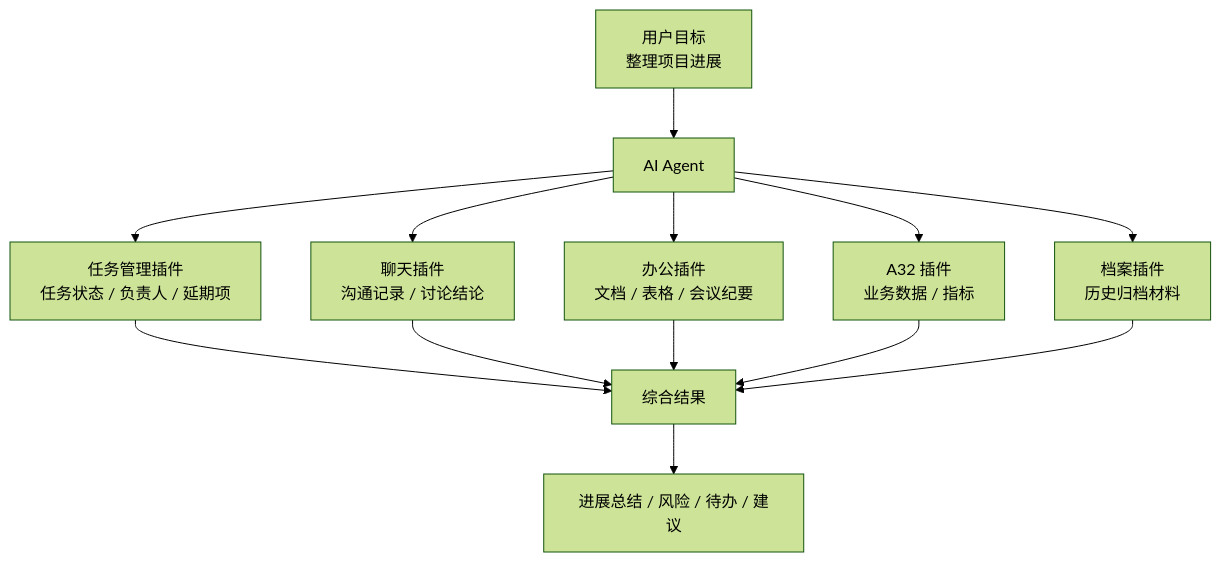
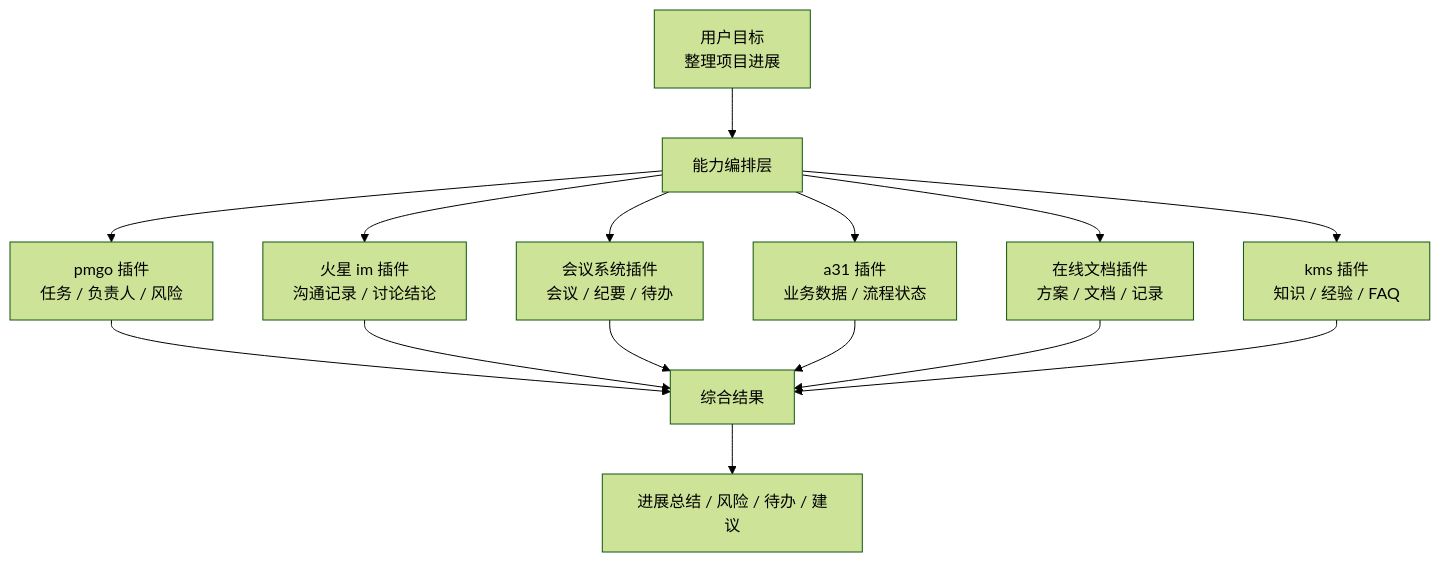
The fourth of 6 diagrams in job/mod/ai-agent-internal-software-integration.md (XiaoYang1127/dev-doc), drawn with Mermaid (forest theme) before and after one commit. The commit also changed other lines of this file and 5 other files, not shown here.

````diff
--- a/job/mod/ai-agent-internal-software-integration.md
+++ b/job/mod/ai-agent-internal-software-integration.md
@@ -272,18 +258,20 @@
 ```mermaid
 flowchart TB
-    U[用户目标<br/>整理项目进展] --> A[AI Agent]
+    U[用户目标<br/>整理项目进展] --> O[能力编排层]
 
-    A --> Task[任务管理插件<br/>任务状态 / 负责人 / 延期项]
-    A --> Chat[聊天插件<br/>沟通记录 / 讨论结论]
-    A --> Office[办公插件<br/>文档 / 表格 / 会议纪要]
-    A --> A32[A32 插件<br/>业务数据 / 指标]
-    A --> Archive[档案插件<br/>历史归档材料]
+    O --> Pmgo[pmgo 插件<br/>任务 / 负责人 / 风险]
+    O --> MarsIM[火星 im 插件<br/>沟通记录 / 讨论结论]
+    O --> Meeting[会议系统插件<br/>会议 / 纪要 / 待办]
+    O --> A31[a31 插件<br/>业务数据 / 流程状态]
+    O --> Doc[在线文档插件<br/>方案 / 文档 / 记录]
+    O --> Kms[kms 插件<br/>知识 / 经验 / FAQ]
 
-    Task --> R[综合结果]
-    Chat --> R
-    Office --> R
-    A32 --> R
-    Archive --> R
+    Pmgo --> R[综合结果]
+    MarsIM --> R
+    Meeting --> R
+    A31 --> R
+    Doc --> R
+    Kms --> R
 
     R --> Out[进展总结 / 风险 / 待办 / 建议]
 ```
````
